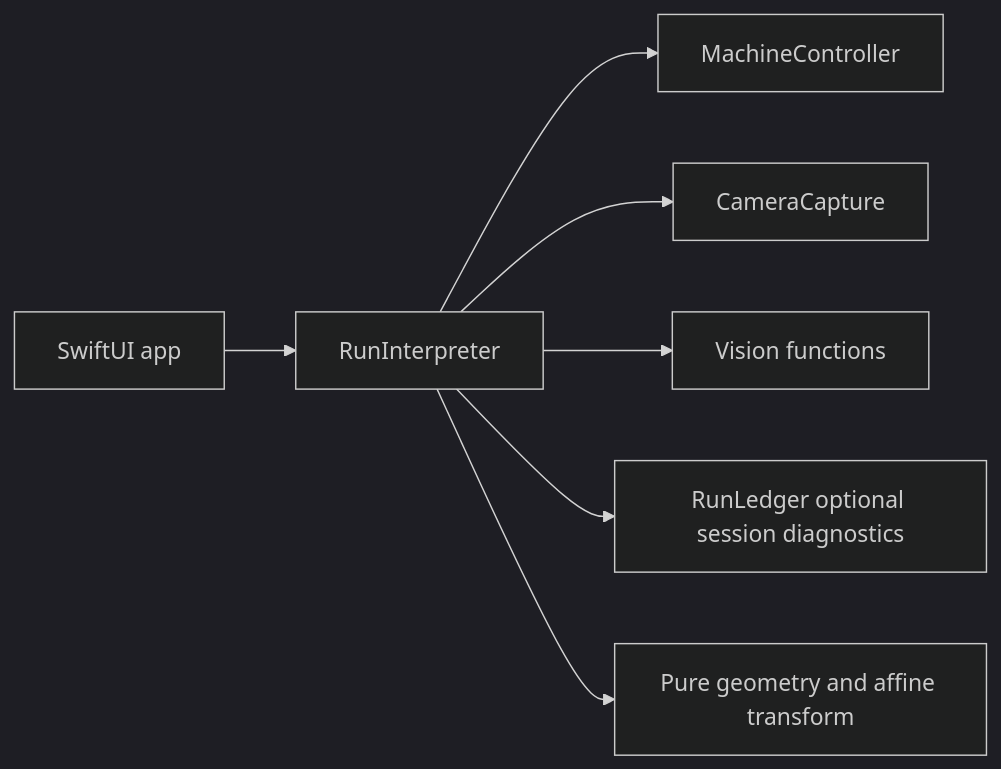
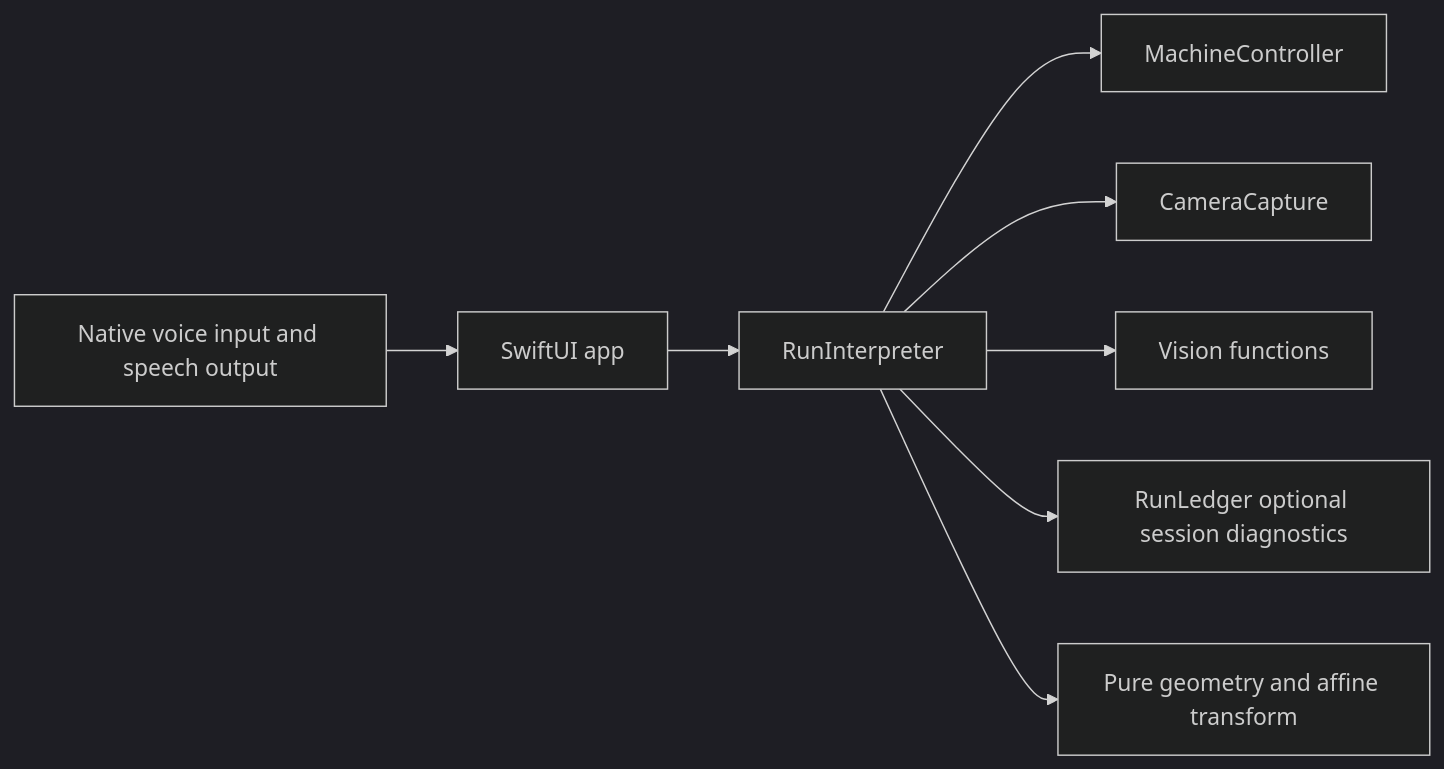
Before and after one commit to extemporaneousb/AdaptivePlotter: the diagram in docs/SWIFT_ADAPTIVE_PLOTTER_ARCHITECTURE.md, drawn with Mermaid (dark theme). The commit also changed other lines of this file and 15 other files, not shown here.

````diff
--- a/docs/SWIFT_ADAPTIVE_PLOTTER_ARCHITECTURE.md
+++ b/docs/SWIFT_ADAPTIVE_PLOTTER_ARCHITECTURE.md
@@ -28,9 +28,10 @@
 ```mermaid
 flowchart LR
-    UI["SwiftUI app"] --> RUN["RunInterpreter"]
+    VOICE["Native voice input and speech output"] --> UI["SwiftUI app"]
+    UI --> RUN["RunInterpreter"]
     RUN --> CTRL["MachineController"]
     RUN --> CAM["CameraCapture"]
     RUN --> VISION["Vision functions"]
     RUN --> JOURNAL["RunLedger optional session diagnostics"]
     RUN --> GEOM["Pure geometry and affine transform"]
 ```
````
